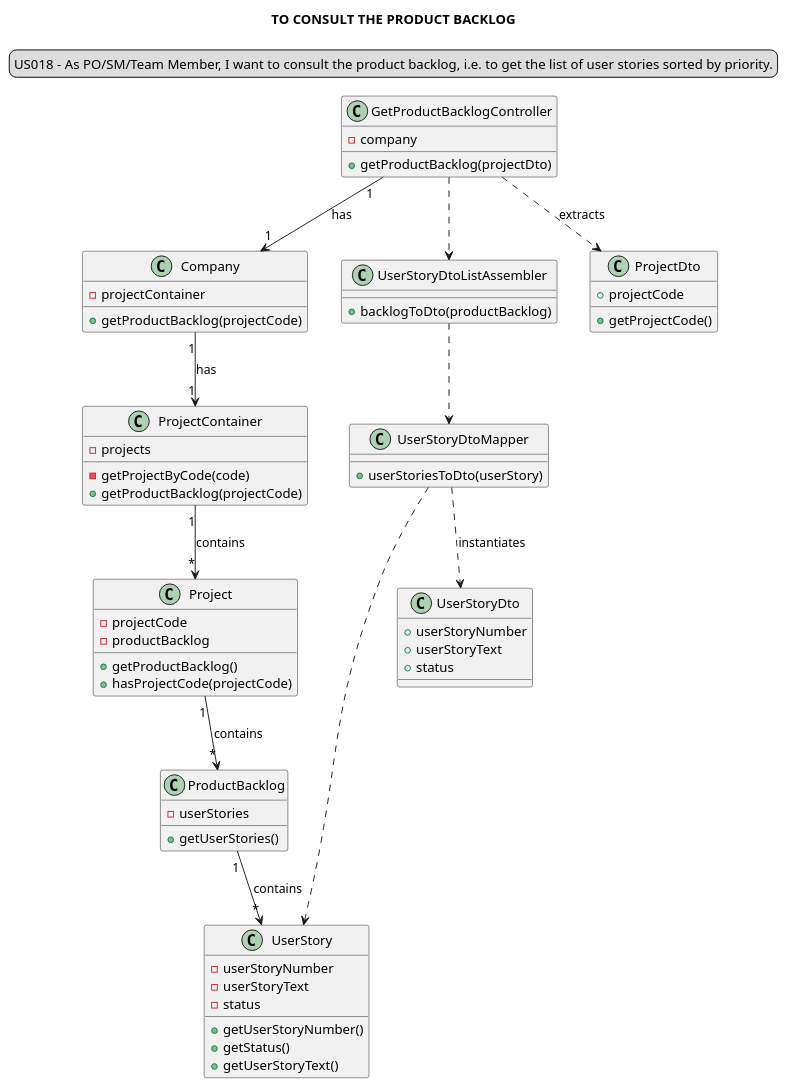
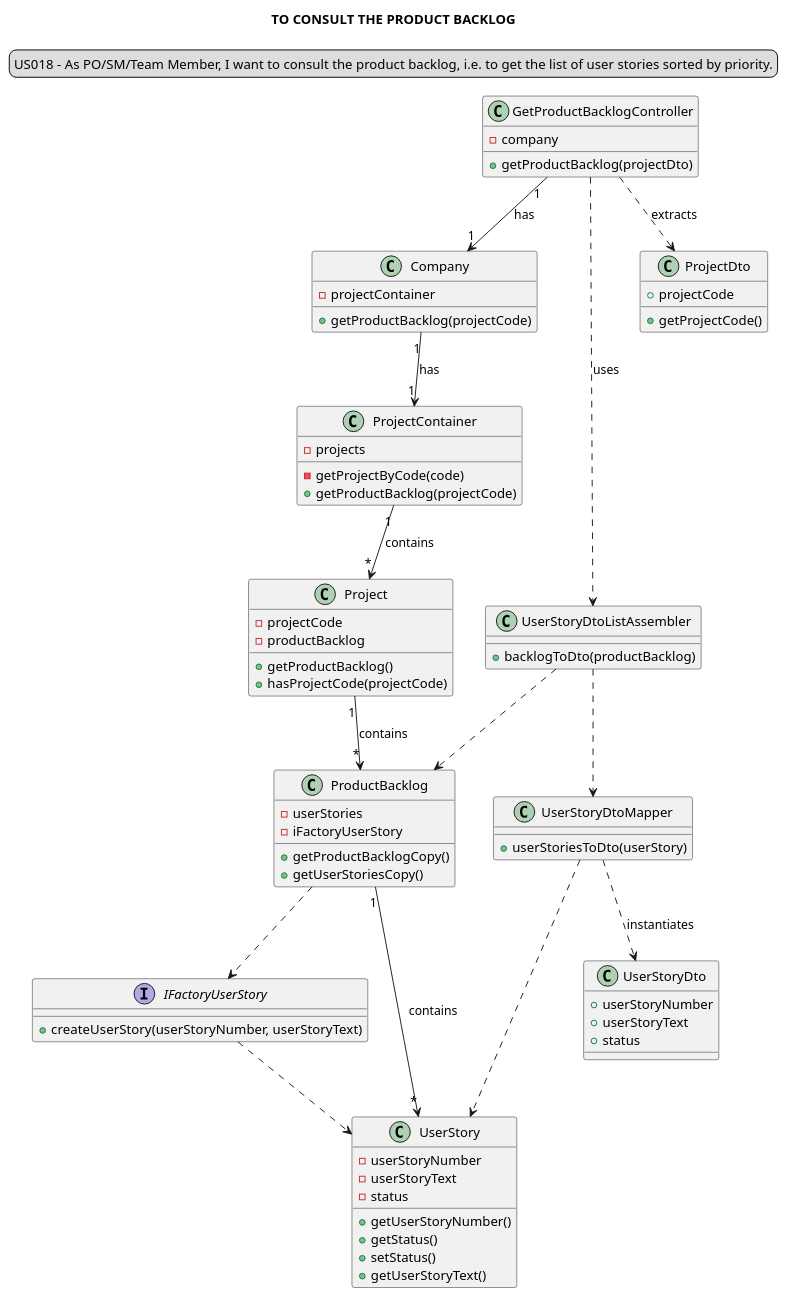
The diagram in docs/modelling_design/user_stories/sprint03/us018/US018_ClassDiagram.puml (Loracline/project_switch_22-23), drawn with PlantUML before and after one commit.

Commit message:
US018: Design: Updated partial class diagram, addresses #131

```diff
--- a/docs/modelling_design/user_stories/sprint03/us018/US018_ClassDiagram.puml
+++ b/docs/modelling_design/user_stories/sprint03/us018/US018_ClassDiagram.puml
@@ -1,78 +1,88 @@
 @startuml
 'https://plantuml.com/class-diagram
 
 title TO CONSULT THE PRODUCT BACKLOG
 skinparam sequenceMessageAlign center
 legend top
 US018 - As PO/SM/Team Member, I want to consult the product backlog, i.e. to get the list of user stories sorted by priority.
 end legend
 
 class "GetProductBacklogController" {
 -company
 +getProductBacklog(projectDto)
 }
 
 class "Company"{
 -projectContainer
 +getProductBacklog(projectCode)
 }
 
 class "ProjectContainer"{
 -projects
 -getProjectByCode(code)
 +getProductBacklog(projectCode)
 }
 
 class "Project"{
 -projectCode
 -productBacklog
 +getProductBacklog()
 +hasProjectCode(projectCode)
 }
 
 class "ProductBacklog"{
 -userStories
-+getUserStories()
+-iFactoryUserStory
++getProductBacklogCopy()
++getUserStoriesCopy()
+}
+
+interface IFactoryUserStory{
++createUserStory(userStoryNumber, userStoryText)
 }
 
 class "UserStory"{
 -userStoryNumber
 -userStoryText
 -status
 +getUserStoryNumber()
 +getStatus()
++setStatus()
 +getUserStoryText()
 }
 
 
 class "UserStoryDtoListAssembler"{
 +backlogToDto(productBacklog)
 }
 
 class "UserStoryDtoMapper"{
 +userStoriesToDto(userStory)
 }
 
 class "UserStoryDto"{
 +userStoryNumber
 +userStoryText
 +status
 }
 
 class "ProjectDto"{
 +projectCode
 +getProjectCode()
 }
 
 "GetProductBacklogController" "1"-->"1" "Company": has
-"GetProductBacklogController" ..> "UserStoryDtoListAssembler"
+"GetProductBacklogController" ..> "UserStoryDtoListAssembler": uses
 "UserStoryDtoListAssembler" ..> "UserStoryDtoMapper"
+"UserStoryDtoListAssembler" ..> "ProductBacklog"
 "UserStoryDtoMapper" ..> "UserStory"
 "Company" "1"-->"1" "ProjectContainer": has
 "ProjectContainer" "1"-->"*" Project: contains
 "GetProductBacklogController" ..> ProjectDto: extracts
 "Project" "1"-->"*" ProductBacklog: contains
 "ProductBacklog" "1"-->"*" UserStory: contains
+"ProductBacklog" ..> IFactoryUserStory
+IFactoryUserStory ..> "UserStory"
 "UserStoryDtoMapper" ..> "UserStoryDto": instantiates
 
 @enduml
```
